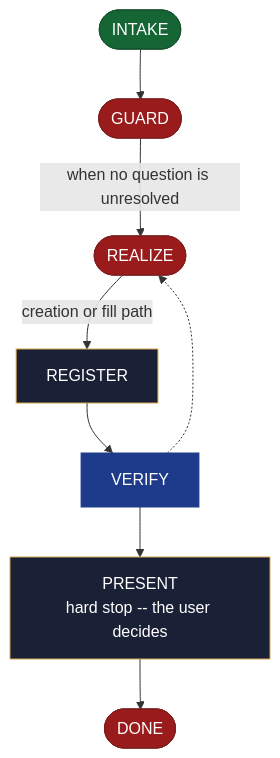
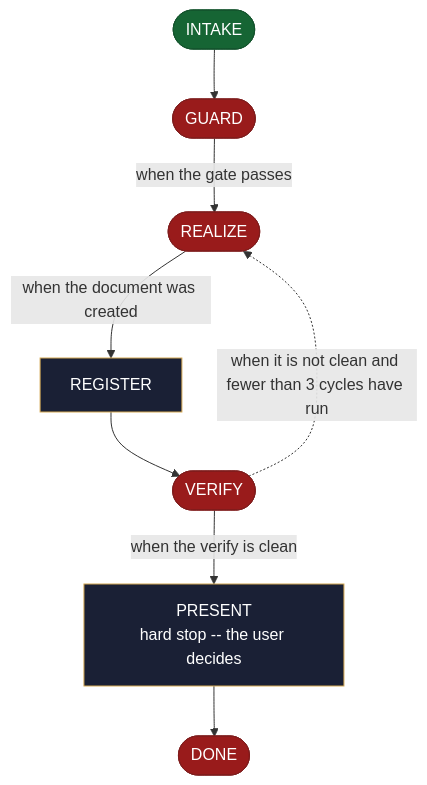
One commit to AndreVianna/aid-methodology changed the diagram in site/src/content/docs/skills/aid-create-backlog.md. Above: the diagram before and after it, drawn with Mermaid. The commit also changed other lines of this file and 258 other files, not shown here.

````diff
--- a/site/src/content/docs/skills/aid-create-backlog.md
+++ b/site/src/content/docs/skills/aid-create-backlog.md
@@ -20,37 +20,37 @@
 ```mermaid
 flowchart TB
   classDef aidNode color:#fff
   classDef aidEntry fill:#166534,stroke:#14532d,color:#fff
   classDef aidExit fill:#991b1b,stroke:#7f1d1d,color:#fff
   classDef aidDecision fill:#92400e,stroke:#78350f,color:#fff
   classDef aidLoopBack fill:#1e3a8a,stroke:#1e3a8a,color:#fff
   classDef aidStep fill:#1a2035,stroke:#d4a853,color:#f1f5f9
   n1(["INTAKE"])
   n2(["GUARD"])
   n3(["REALIZE"])
   n4["REGISTER"]
-  n5["VERIFY"]
+  n5(["VERIFY"])
   n6["PRESENT<br/>hard stop -- the user decides"]
   n7(["DONE"])
   n1 --> n2
-  n2 -->|"when no question is unresolved"| n3
-  n3 -->|"creation or fill path"| n4
+  n2 -->|"when the gate passes"| n3
+  n3 -->|"when the document was created"| n4
   n4 --> n5
-  n5 -.-> n3
-  n5 --> n6
+  n5 -. "when it is not clean and fewer than 3 cycles have run" .-> n3
+  n5 -->|"when the verify is clean"| n6
   n6 --> n7
   class n1 aidEntry
   class n2 aidExit
   class n3 aidExit
   class n4 aidStep
-  class n5 aidLoopBack
+  class n5 aidExit
   class n6 aidStep
   class n7 aidExit
   class n1 aidNode
   class n2 aidNode
   class n3 aidNode
   class n4 aidNode
   class n5 aidNode
   class n6 aidNode
   class n7 aidNode
 ```
````
